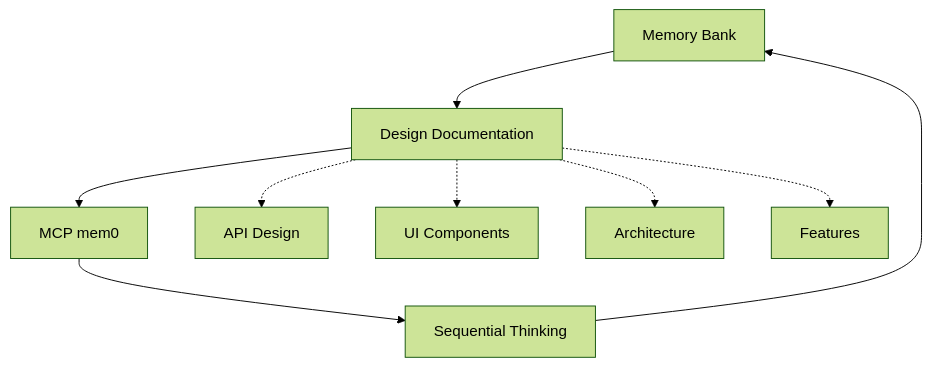
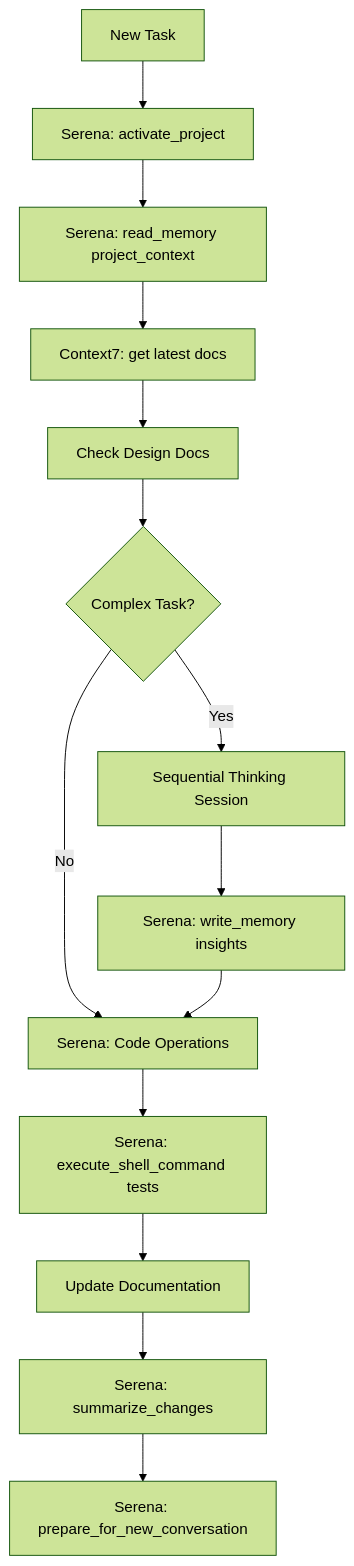
Before and after one commit to vinhltt/3_tihomo: the first of 2 diagrams in .gemini/GEMINI.md, drawn with Mermaid (forest theme). The commit also changed other lines of this file and 9 other files, not shown here.

````diff
--- a/.gemini/GEMINI.md
+++ b/.gemini/GEMINI.md
@@ -19,12 +99,16 @@
 ```mermaid
 flowchart TD
-    MB[Memory Bank] --> DD[Design Documentation]
-    DD --> MCP[MCP mem0]
-    MCP --> ST[Sequential Thinking]
-    ST --> MB
-    
-    DD -.-> API[API Design]
-    DD -.-> UI[UI Components]
-    DD -.-> ARCH[Architecture]
-    DD -.-> FEAT[Features]
+    Start[New Task] --> Serena[Serena: activate_project]
+    Serena --> CheckMemory[Serena: read_memory project_context]
+    CheckMemory --> ReadDocs[Context7: get latest docs]
+    ReadDocs --> CheckDesign[Check Design Docs]
+    CheckDesign --> Complex{Complex Task?}
+    Complex -->|Yes| SeqThink[Sequential Thinking Session]
+    Complex -->|No| SerenaCode[Serena: Code Operations]
+    SeqThink --> StoreMemory[Serena: write_memory insights]
+    StoreMemory --> SerenaCode
+    SerenaCode --> Test[Serena: execute_shell_command tests]
+    Test --> UpdateDocs[Update Documentation]
+    UpdateDocs --> SummarySerena[Serena: summarize_changes]
+    SummarySerena --> PrepareNext[Serena: prepare_for_new_conversation]
 ```
````
